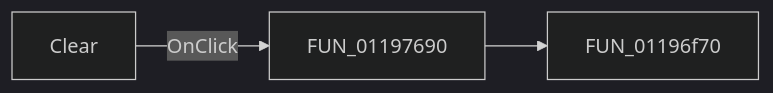
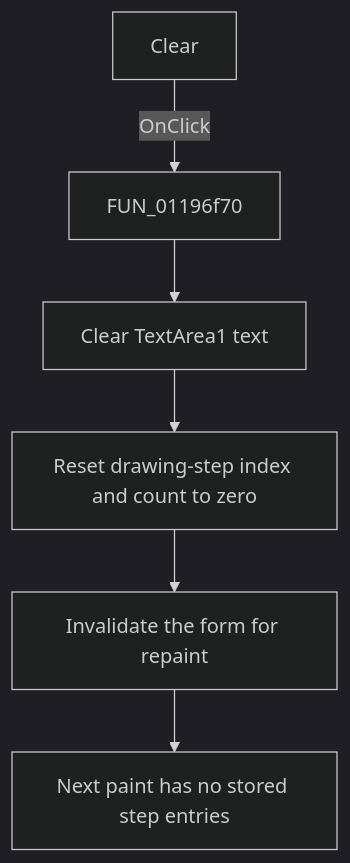
One commit to MovGP0/TIARA changed the diagram in docs/ui-controls/kiiro-form/torolj-ec01956a93.md. Above: the diagram before and after it, drawn with Mermaid (dark theme). The commit also changed other lines of this file and 387 other files, not shown here.

````diff
--- a/docs/ui-controls/kiiro-form/torolj-ec01956a93.md
+++ b/docs/ui-controls/kiiro-form/torolj-ec01956a93.md
@@ -27,5 +40,8 @@
 ```mermaid
-flowchart LR
-    control["Clear"] -->|OnClick| handler["FUN_01197690"]
-    handler --> call1["FUN_01196f70"]
+flowchart TD
+    control["Clear"] -->|OnClick| helper["FUN_01196f70"]
+    helper --> clearText["Clear TextArea1 text"]
+    clearText --> resetSteps["Reset drawing-step index and count to zero"]
+    resetSteps --> repaint["Invalidate the form for repaint"]
+    repaint --> emptyLoop["Next paint has no stored step entries"]
 ```
````
